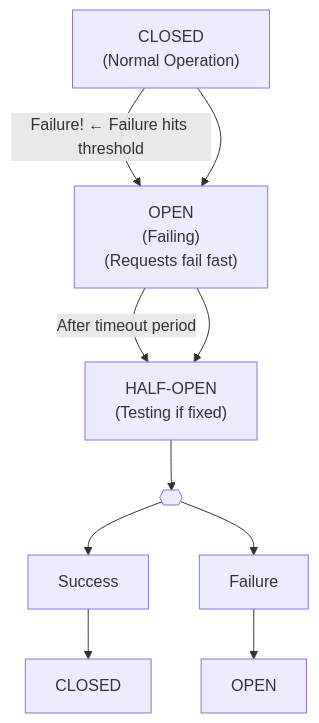
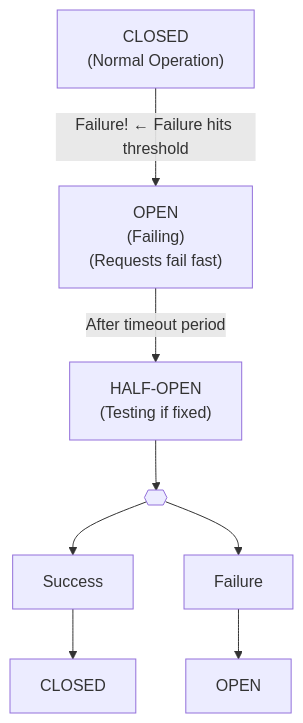
Before and after one commit to Nautomation-Prime/nautomation-prime.github.io: the diagram in docs/tutorials/expert/circuit-breakers-backpressure-network-automation.md, drawn with Mermaid.

Commit message:
Converted table to mermaid diagram

````diff
--- a/docs/tutorials/expert/circuit-breakers-backpressure-network-automation.md
+++ b/docs/tutorials/expert/circuit-breakers-backpressure-network-automation.md
@@ -39,18 +39,14 @@
 ```mermaid
 flowchart TD
     A["CLOSED<br/>(Normal Operation)"]
     B["OPEN<br/>(Failing)<br/>(Requests fail fast)"]
     C["HALF-OPEN<br/>(Testing if fixed)"]
     J{{ }}
     S["Success"]
     F["Failure"]
     A2["CLOSED"]
     B2["OPEN"]
-    A -->|Failure! ← Failure hits threshold| B
-    B -->|After timeout period| C
-
-
-    A --> B --> C --> J
+    A -->|Failure! ← Failure hits threshold|B -->|After timeout period|C --> J
     J --> S --> A2
     J --> F --> B2
 ```
````
